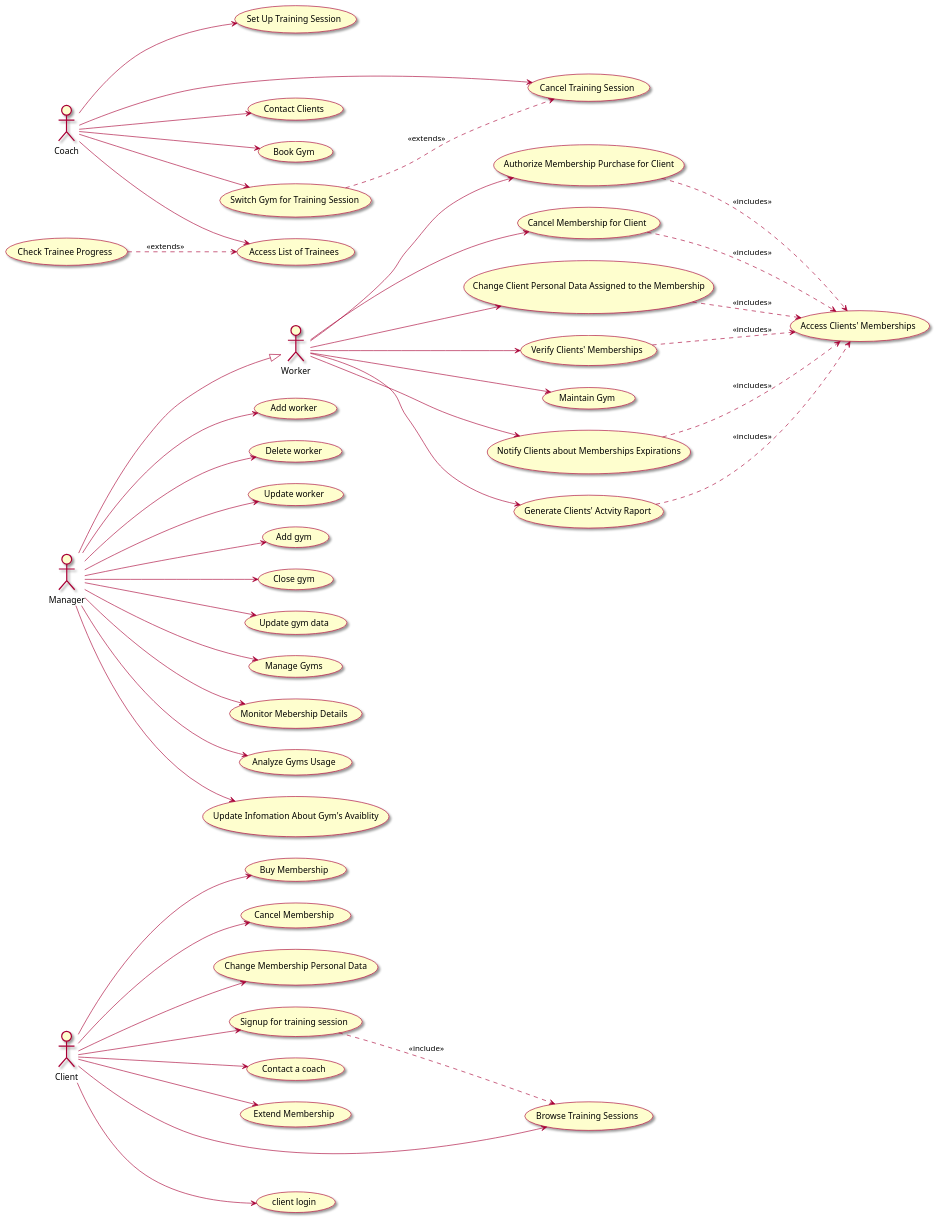
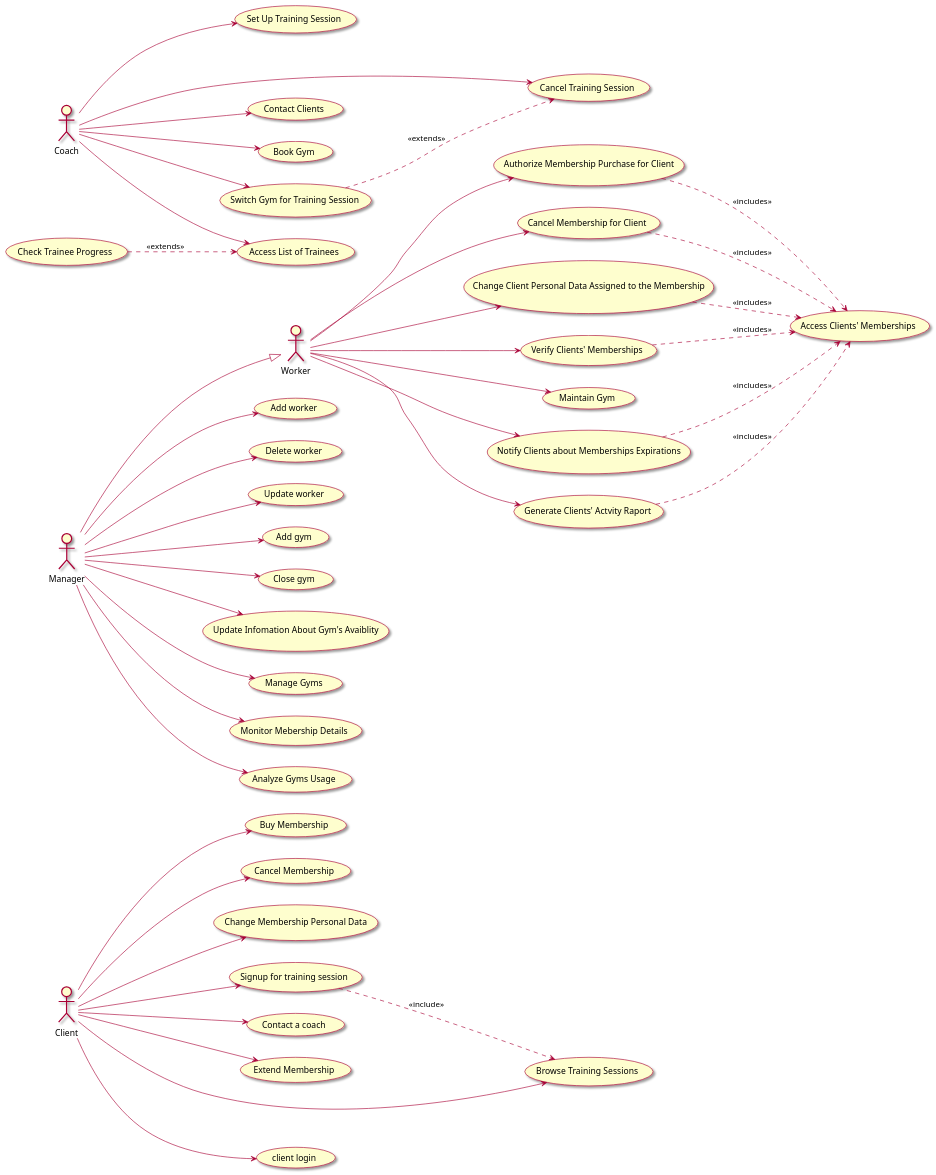
Before and after one commit to filip-stepien/software-engineering-lab: the diagram in lab1_2/uml/usecases.puml, drawn with PlantUML. The commit also changed 1 other file, not shown here.

Commit message:
update diagram

```diff
--- a/lab1_2/uml/usecases.puml
+++ b/lab1_2/uml/usecases.puml
@@ -2,110 +2,108 @@
 @startuml diagram
 
 left to right direction
 skin rose
 
 actor Client as client
 actor Manager as manager
 actor Coach as coach
 actor Worker as worker
 
 
 'client
 usecase "Buy Membership" as buyMembership
 usecase "Cancel Membership" as cancelMembership
 usecase "Change Membership Personal Data" as changePersonalData
 usecase "Signup for training session" as signupTraining
 usecase "Contact a coach" as contactCoach
 usecase "Extend Membership" as ExtendSubcription
 usecase "Browse Training Sessions" as BrowseTrainingSessions 
 usecase "client login" as ClientLogin 
 
 client --> BrowseTrainingSessions
 client --> buyMembership
 client --> cancelMembership
 client --> changePersonalData
 client --> ExtendSubcription
 client --> ClientLogin
 
 client -->  signupTraining
 client --> contactCoach
 signupTraining -.> BrowseTrainingSessions : <<include>>
 
 'coach
 
 usecase "Set Up Training Session" as setUpSession
 usecase "Cancel Training Session" as cancelSession
 usecase "Contact Clients" as contactClients
 usecase "Book Gym" as BookGym
 usecase "Switch Gym for Training Session" as SwitchGym
 usecase "Access List of Trainees" as AccessTrainessList
 usecase "Check Trainee Progress" as CheckTrainneProgress
 
 coach --> setUpSession
 coach --> cancelSession
 coach --> BookGym
 coach --> SwitchGym
 coach --> AccessTrainessList
 coach --> contactClients
 CheckTrainneProgress -.> AccessTrainessList : <<extends>>
 
 SwitchGym -.> cancelSession : <<extends>>
 
 'worker
 usecase "Access Clients' Memberships" as accessMembershipList
 usecase "Authorize Membership Purchase for Client" as authorizePurchase
 usecase "Cancel Membership for Client" as cancelClientMembership
 usecase "Change Client Personal Data Assigned to the Membership" as changeClientData
 usecase "Verify Clients' Memberships" as verifyMemberships
 usecase "Maintain Gym" as maintainGym
 usecase "Notify Clients about Memberships Expirations" as notifyClientsMebershipExpiration
 usecase "Generate Clients' Actvity Raport" as generateClientActivityRaport  
 
 worker --> maintainGym
 worker --> authorizePurchase 
 worker --> cancelClientMembership 
 worker --> changeClientData 
 worker --> verifyMemberships 
 worker --> notifyClientsMebershipExpiration
 worker --> generateClientActivityRaport
 
 generateClientActivityRaport -.> accessMembershipList : <<includes>>
 notifyClientsMebershipExpiration -.> accessMembershipList : <<includes>>
 authorizePurchase -.> accessMembershipList : <<includes>>
 cancelClientMembership -.> accessMembershipList : <<includes>>
 changeClientData -.> accessMembershipList : <<includes>>
 verifyMemberships -.> accessMembershipList : <<includes>>
 
 
 'manager
 manager --|> worker 
 
 usecase "Add worker" as addWorker
 usecase "Delete worker" as deleteWorker
 usecase "Update worker" as updateWorker
 
 usecase "Add gym" as addGym
 usecase "Close gym" as closeGym
-usecase "Update gym data" as updateGymData
+usecase "Update Infomation About Gym's Avaiblity" as updateGymAvabilityInformation
 
 usecase "Manage Gyms" as manageGyms
 
 usecase "Monitor Mebership Details" as monitorMembershipDetails
 usecase "Analyze Gyms Usage" as analyzeGymsUsage
-usecase "Update Infomation About Gym's Avaiblity" as updateGymAvabilityInformation
 
 
 manager --> addGym
 manager --> closeGym
-manager --> updateGymData
 
 manager --> addWorker
 manager --> deleteWorker
 manager --> updateWorker
 
 manager --> manageGyms
 manager --> analyzeGymsUsage
 manager --> monitorMembershipDetails
 manager --> updateGymAvabilityInformation
 
 @enduml
```
